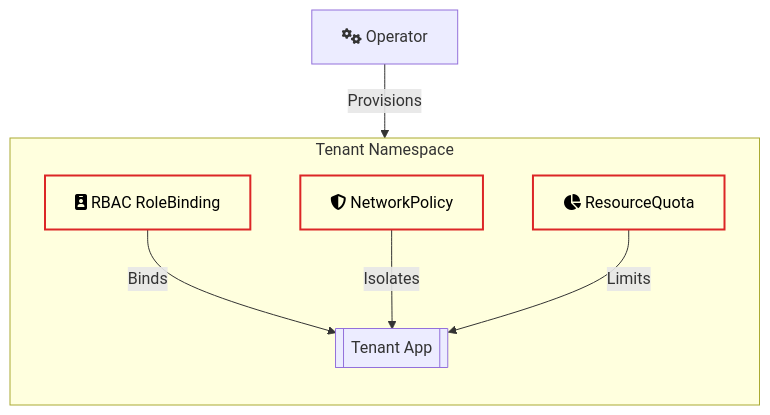
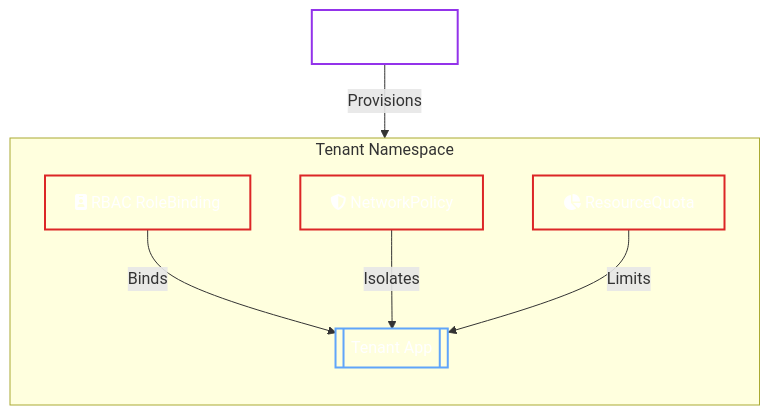
One commit to dc-tec/openbao-operator changed the diagram in docs/user-guide/openbaotenant/overview.md. Above: the diagram before and after it, drawn with Mermaid. The commit also changed other lines of this file and 48 other files, not shown here.

````diff
--- a/docs/user-guide/openbaotenant/overview.md
+++ b/docs/user-guide/openbaotenant/overview.md
@@ -11,20 +11,26 @@
 ```mermaid
 graph TD
     subgraph Namespace ["Tenant Namespace"]
         direction TB
         RBAC["fa:fa-id-badge RBAC RoleBinding"]
         NetPol["fa:fa-shield-halved NetworkPolicy"]
         Quota["fa:fa-chart-pie ResourceQuota"]
         
         App[["Tenant App"]]
         
         RBAC -->|Binds| App
         NetPol -->|Isolates| App
         Quota -->|Limits| App
     end
     
     Op["fa:fa-gears Operator"] -->|Provisions| Namespace
     
-    classDef security fill:transparent,stroke:#dc2626,stroke-width:2px,color:#000;
+    classDef read fill:transparent,stroke:#60a5fa,stroke-width:2px,color:#fff;
+    classDef write fill:transparent,stroke:#22c55e,stroke-width:2px,color:#fff;
+    classDef security fill:transparent,stroke:#dc2626,stroke-width:2px,color:#fff;
+    classDef process fill:transparent,stroke:#9333ea,stroke-width:2px,color:#fff;
+
+    class Op process;
+    class App read;
     class RBAC,NetPol,Quota security;
 ```
````
